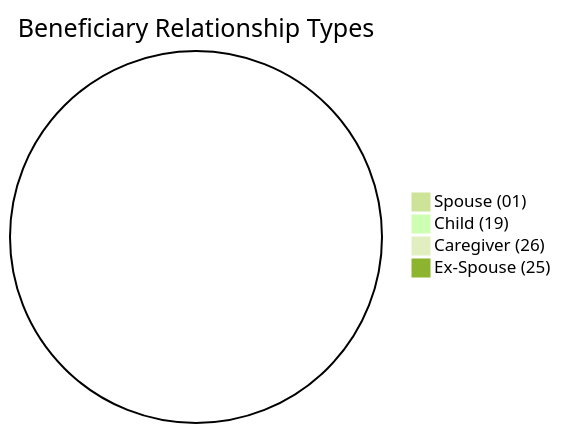
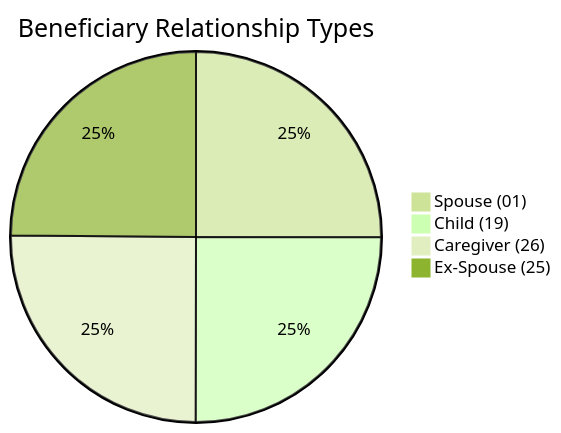
The eighth of 10 diagrams in test-tools/DataGen/src/Statistics_Visualizer.md (dhagan-va/intern-2025), drawn with Mermaid (forest theme) before and after one commit. The commit also changed other lines of this file and 3 other files, not shown here.

````diff
--- a/test-tools/DataGen/src/Statistics_Visualizer.md
+++ b/test-tools/DataGen/src/Statistics_Visualizer.md
@@ -88,7 +88,7 @@
 ```mermaid
 pie title Beneficiary Relationship Types
-    "Spouse (01)" : 0
-    "Child (19)" : 0
-    "Caregiver (26)" : 0
-    "Ex-Spouse (25)" : 0
+    "Spouse (01)" : 25029
+    "Child (19)" : 25001
+    "Caregiver (26)" : 25093
+    "Ex-Spouse (25)" : 24877
 ```
````
